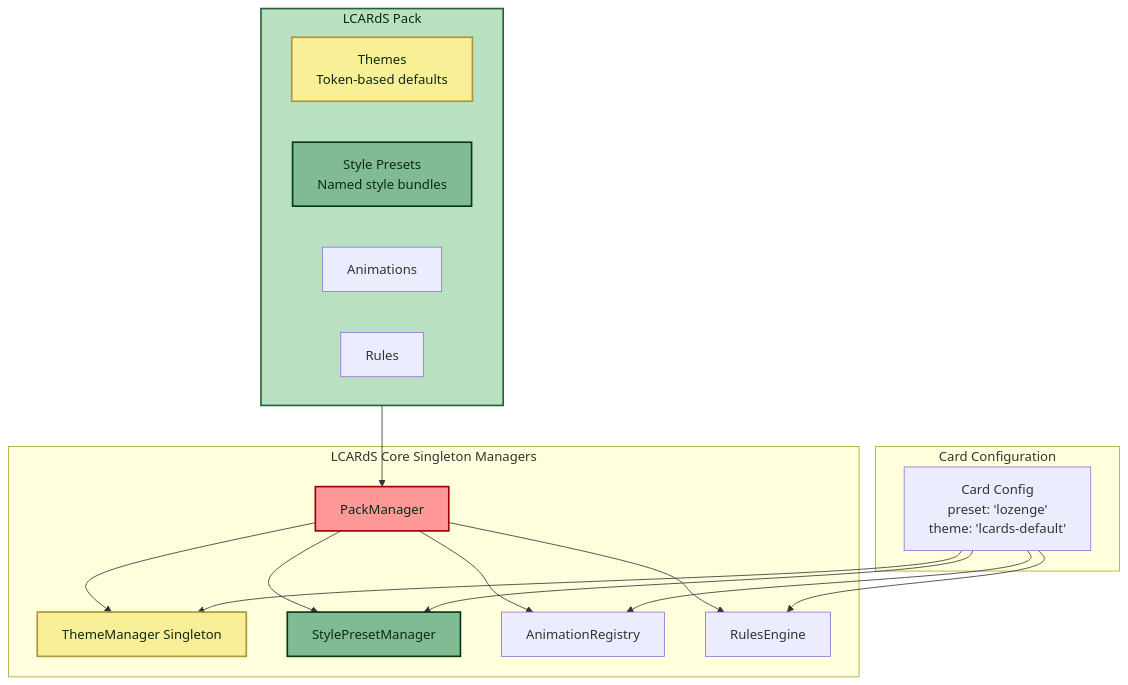
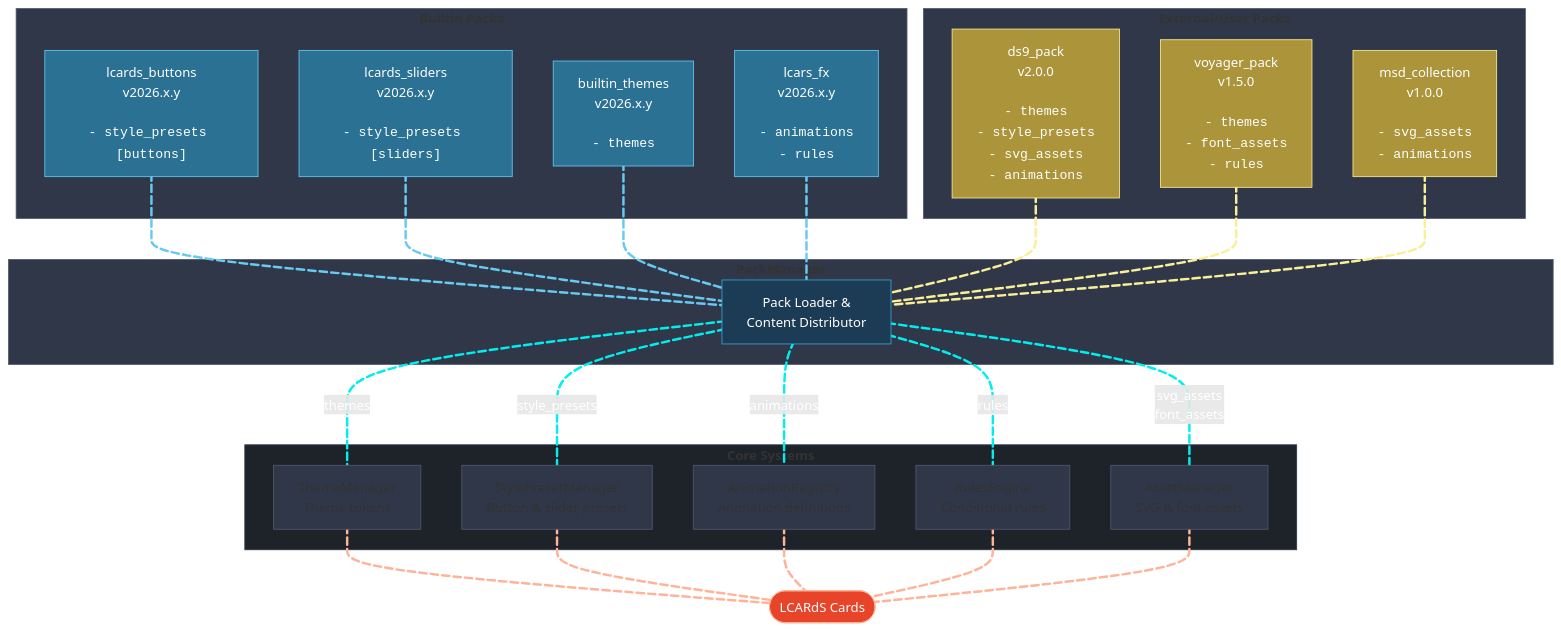
The diagram in doc/architecture/subsystems/pack-system.md (snootched/lcards), drawn with Mermaid before and after one commit. The commit also changed other lines of this file and 47 other files, not shown here.

````diff
--- a/doc/architecture/subsystems/pack-system.md
+++ b/doc/architecture/subsystems/pack-system.md
@@ -43,39 +1,83 @@
 ```mermaid
-graph TB
-    subgraph Pack["LCARdS Pack"]
-        Themes[Themes<br/>Token-based defaults]
-        SP[Style Presets<br/>Named style bundles]
-        Anims[Animations]
-        Rules[Rules]
+flowchart TB
+    subgraph BuiltinPacks["<b>Builtin Packs</b>"]
+        P1["lcards_buttons<br/>v2026.x.y<br/><br/><code>- style_presets [buttons]</code>"]:::builtinPacksStyle
+        P2["lcards_sliders<br/>v2026.x.y<br/><br/><code>- style_presets [sliders]</code>"]:::builtinPacksStyle
+        P3["builtin_themes<br/>v2026.x.y<br/><br/><code>- themes</code>"]:::builtinPacksStyle
+        P4["lcars_fx<br/>v2026.x.y<br/><br/><code>- animations<br/>- rules</code>"]:::builtinPacksStyle
     end
 
-    subgraph CoreManagers["LCARdS Core Singleton Managers"]
-        PM[PackManager]
-        TM[ThemeManager Singleton]
-        SPM[StylePresetManager]
-        AR[AnimationRegistry]
-        RE[RulesEngine]
+    subgraph ExternalPacks["<b>External/User Packs</b>"]
+        E1["ds9_pack<br/>v2.0.0<br/><br/><code>- themes<br/>- style_presets<br/>- svg_assets<br/>- animations</code>"]:::externalPacksStyle
+        E2["voyager_pack<br/>v1.5.0<br/><br/><code>- themes<br/>- font_assets<br/>- rules</code>"]:::externalPacksStyle
+        E3["msd_collection<br/>v1.0.0<br/><br/><code>- svg_assets<br/>- animations</code>"]:::externalPacksStyle
     end
 
-    subgraph UserConfig["Card Configuration"]
-        UC[Card Config<br/>preset: 'lozenge'<br/>theme: 'lcards-default']
+    subgraph PackMgr["<b>PackManager</b>"]
+        PM[Pack Loader &<br/>Content Distributor]
     end
 
-    Pack --> PM
-    PM --> TM
-    PM --> SPM
-    PM --> AR
-    PM --> RE
+    subgraph CoreSystems["<b>Core Systems</b>"]
+        TM[ThemeManager<br/>Theme tokens]:::coreStyle
+        SPM[StylePresetManager<br/>Button & slider presets]:::coreStyle
+        AR[AnimationRegistry<br/>Animation definitions]:::coreStyle
+        RE[RulesEngine<br/>Conditional rules]:::coreStyle
+        AM[AssetManager<br/>SVG & font assets]:::coreStyle
+    end
 
-    UC --> SPM
-    UC --> TM
-    UC --> AR
-    UC --> RE
+    P1 0@--- PM
+    P2 1@--- PM
+    P3 2@--- PM
+    P4 3@--- PM
+    E1 4@--- PM
+    E2 5@--- PM
+    E3 6@--- PM
 
-    style Pack fill:#b8e0c1,stroke:#266239,stroke-width:2px,color:#0c2a15
-    style Themes fill:#f9ef97,stroke:#ac943b,stroke-width:2px,color:#0c2a15
-    style SP fill:#80bb93,stroke:#083717,stroke-width:2px,color:#0c2a15
-    style PM fill:#ff9999,stroke:#990000,stroke-width:2px,color:#0c2a15
-    style TM fill:#f9ef97,stroke:#ac943b,stroke-width:2px,color:#0c2a15
-    style SPM fill:#80bb93,stroke:#083717,stroke-width:2px,color:#0c2a15
+    PM 7@---|themes| TM
+    PM 8@---|style_presets| SPM
+    PM 9@---|animations| AR
+    PM 10@---|rules| RE
+    PM 11@---|svg_assets<br/>font_assets| AM
+
+    TM 12@-.- Cards([LCARdS Cards])
+    SPM 13@-.- Cards
+    AR 14@-.- Cards
+    RE 15@-.- Cards
+    AM 16@-.- Cards
+
+
+
+    0@{ animate: slow }
+    1@{ animate: slow }
+    2@{ animate: slow }
+    3@{ animate: slow }
+    4@{ animate: slow }
+    5@{ animate: slow }
+    6@{ animate: slow }
+    7@{ animate: slow }
+    8@{ animate: slow }
+    9@{ animate: slow }
+    10@{ animate: slow }
+    11@{ animate: slow }
+    12@{ animate: slow }
+    13@{ animate: slow }
+    14@{ animate: slow }
+    15@{ animate: slow }
+    16@{ animate: slow }
+
+    linkStyle 0,1,2,3 stroke:#67caf0,stroke-width:3px
+    linkStyle 4,5,6 stroke:#f9ef97,stroke-width:3px
+    linkStyle 7,8,9,10,11 stroke:#00eeee,stroke-width:3px,color:#fff
+    linkStyle 12,13,14,15,16 stroke:#ffb399,stroke-width:3px
+
+    style BuiltinPacks fill:#2f3749,stroke:#52596e
+    style ExternalPacks fill:#2f3749,stroke:#52596e
+    style CoreSystems fill:#1e2229,stroke:#2f3749
+    style Cards fill:#e7442a,stroke:#ffb399,color:#fff
+    style PM fill:#1c3c55,stroke:#37a6d1,color:#fff
+    style PackMgr fill:#2f3749,stroke:#52596e
+
+    classDef builtinPacksStyle fill:#2a7193,stroke:#67caf0,color:#fff
+    classDef externalPacksStyle fill:#ac943b,stroke:#f9ef97,color:#fff
+    classDef coreStyle fill:#2f3749,stroke:#52596e
 ```
````
